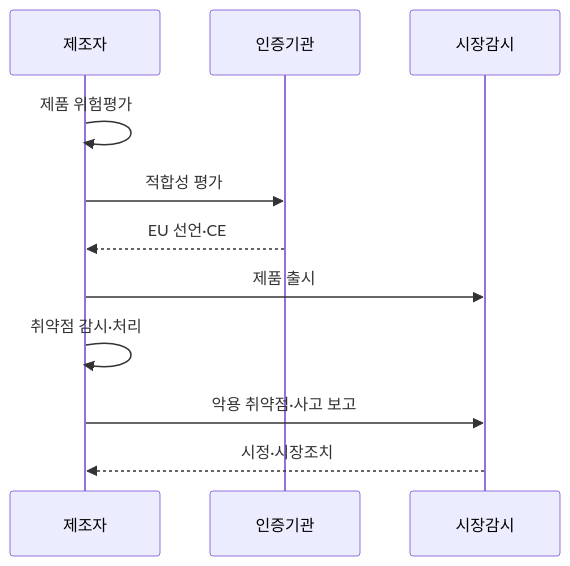
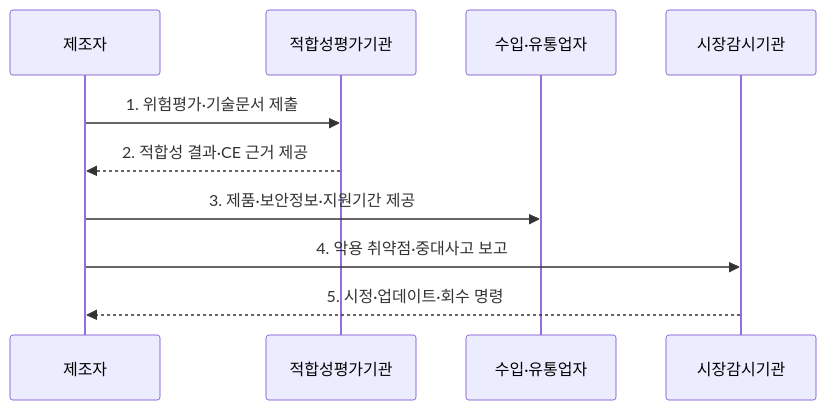
One commit to agnusdei1207/knowledge-base changed the second of 2 diagrams in src/content/docs/notes/07-law-policy/035_eu_cyber_resilience_act.md. Above: the diagram before and after it, drawn with Mermaid. The commit also changed other lines of this file and 9 other files, not shown here.

````diff
--- a/src/content/docs/notes/07-law-policy/035_eu_cyber_resilience_act.md
+++ b/src/content/docs/notes/07-law-policy/035_eu_cyber_resilience_act.md
@@ -83,13 +81,12 @@
 ```mermaid
 sequenceDiagram
     participant M as 제조자
-    participant C as 인증기관
-    participant A as 시장감시
-    M->>M: 제품 위험평가
-    M->>C: 적합성 평가
-    C-->>M: EU 선언·CE
-    M->>A: 제품 출시
-    M->>M: 취약점 감시·처리
-    M->>A: 악용 취약점·사고 보고
-    A-->>M: 시정·시장조치
+    participant C as 적합성평가기관
+    participant D as 수입·유통업자
+    participant A as 시장감시기관
+    M->>C: 1. 위험평가·기술문서 제출
+    C-->>M: 2. 적합성 결과·CE 근거 제공
+    M->>D: 3. 제품·보안정보·지원기간 제공
+    M->>A: 4. 악용 취약점·중대사고 보고
+    A-->>M: 5. 시정·업데이트·회수 명령
 ```
````
